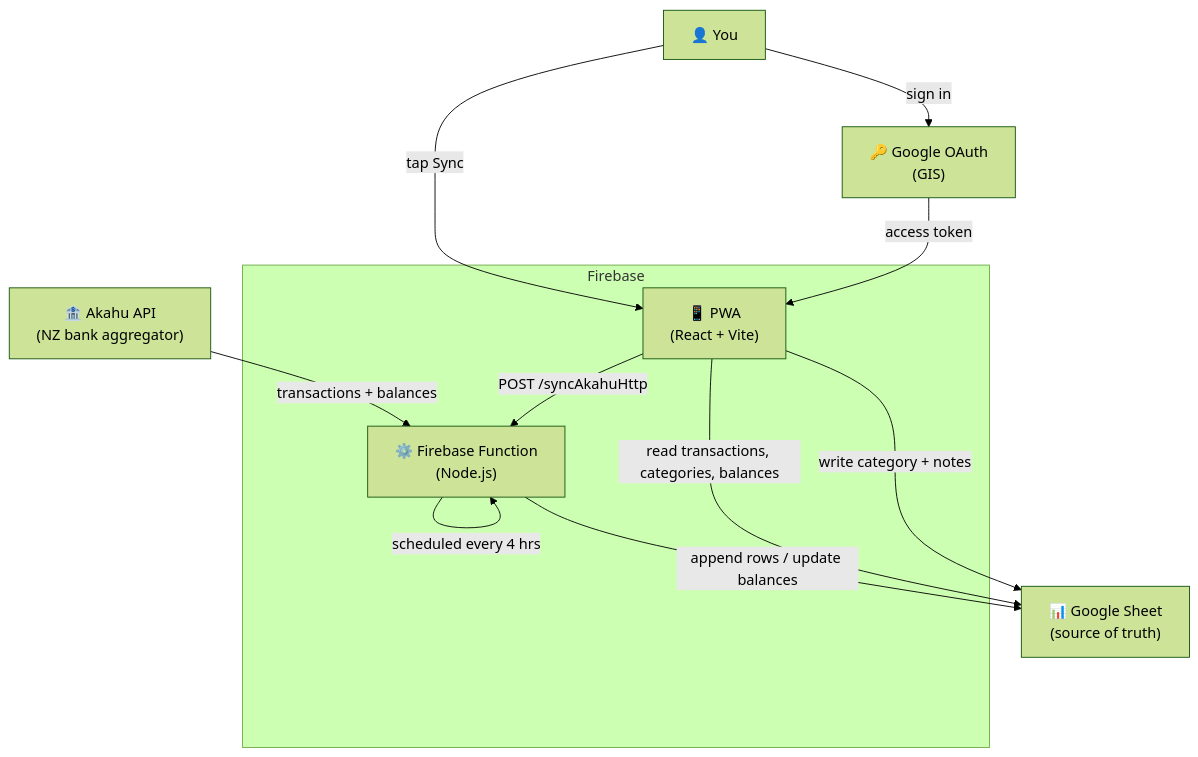
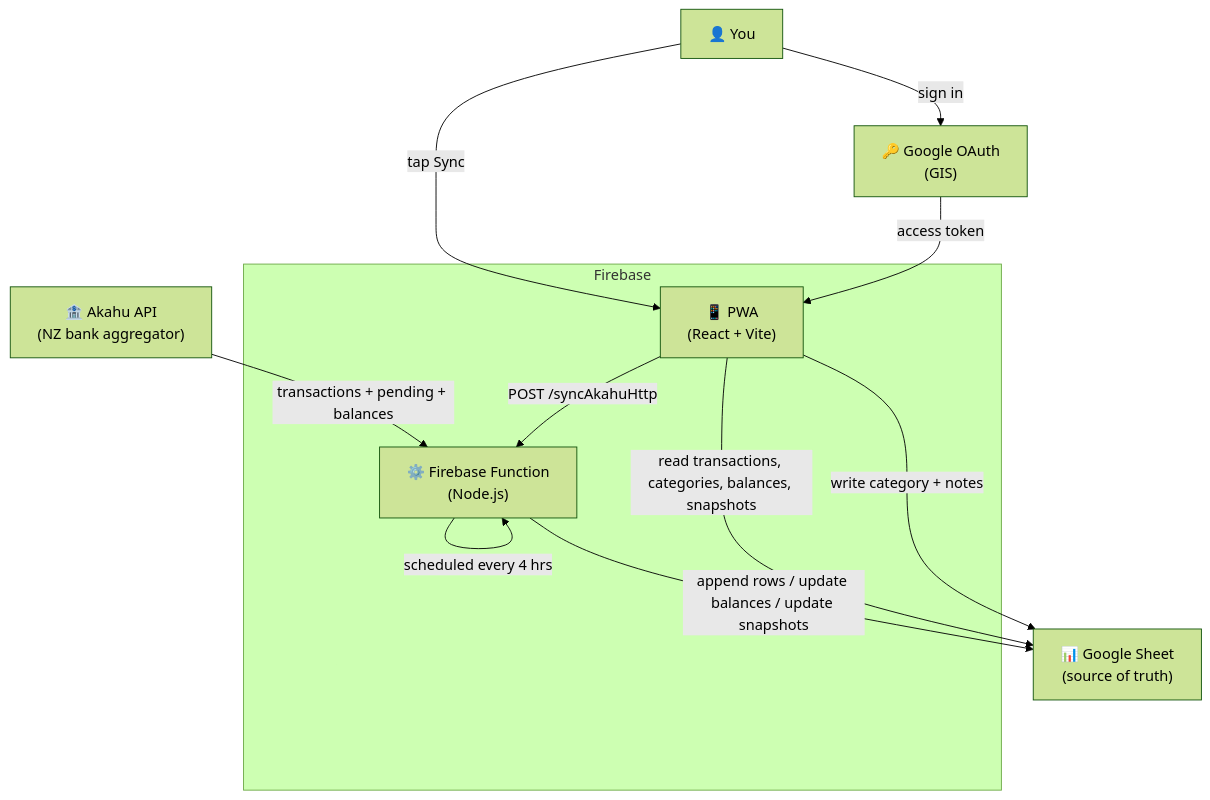
One commit to DarraghMcC/budgetappv2 changed the diagram in README.md. Above: the diagram before and after it, drawn with Mermaid (forest theme). The commit also changed other lines of this file and 1 other file, not shown here.

````diff
--- a/README.md
+++ b/README.md
@@ -7,24 +7,24 @@
 ```mermaid
 flowchart TD
     Akahu["🏦 Akahu API\n(NZ bank aggregator)"]
     Fn["⚙️ Firebase Function\n(Node.js)"]
     Sheet["📊 Google Sheet\n(source of truth)"]
     PWA["📱 PWA\n(React + Vite)"]
     User["👤 You"]
     GIS["🔑 Google OAuth\n(GIS)"]
 
-    Akahu -->|transactions + balances| Fn
-    Fn -->|append rows / update balances| Sheet
+    Akahu -->|transactions + pending + balances| Fn
+    Fn -->|append rows / update balances / update snapshots| Sheet
     Fn -->|scheduled every 4 hrs| Fn
-    PWA -->|read transactions, categories, balances| Sheet
+    PWA -->|read transactions, categories, balances, snapshots| Sheet
     PWA -->|write category + notes| Sheet
     User -->|tap Sync| PWA
     PWA -->|POST /syncAkahuHttp| Fn
     User -->|sign in| GIS
     GIS -->|access token| PWA
 
     subgraph Firebase
         Fn
         PWA
     end
 ```
````
